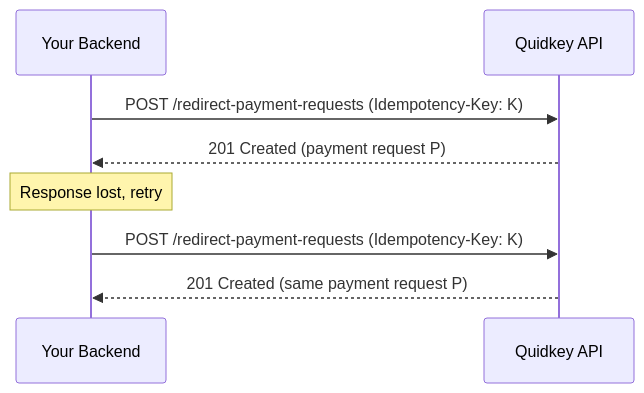
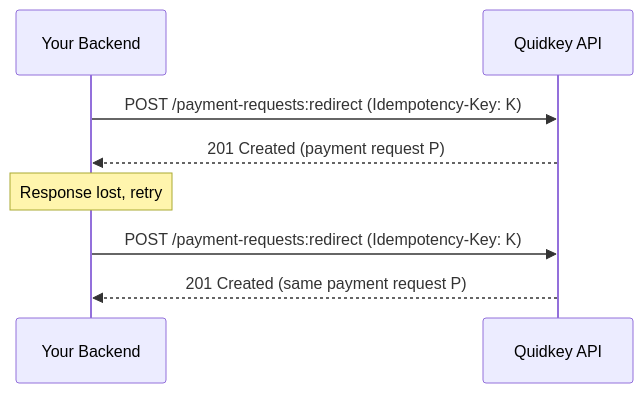
One commit to Banqzinc/docs changed the diagram in guides/payment-api/concepts/idempotency.mdx. Above: the diagram before and after it, drawn with Mermaid. The commit also changed other lines of this file and 13 other files, not shown here.

````diff
--- a/guides/payment-api/concepts/idempotency.mdx
+++ b/guides/payment-api/concepts/idempotency.mdx
@@ -76,10 +76,10 @@
 ```mermaid
 sequenceDiagram
     participant App as Your Backend
     participant API as Quidkey API
-    App->>API: POST /redirect-payment-requests (Idempotency-Key: K)
+    App->>API: POST /payment-requests:redirect (Idempotency-Key: K)
     API-->>App: 201 Created (payment request P)
     Note over App: Response lost, retry
-    App->>API: POST /redirect-payment-requests (Idempotency-Key: K)
+    App->>API: POST /payment-requests:redirect (Idempotency-Key: K)
     API-->>App: 201 Created (same payment request P)
 ```
````
